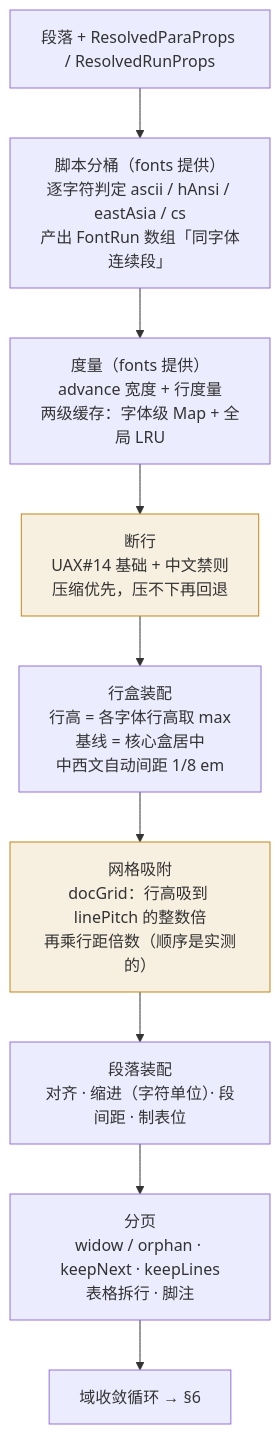
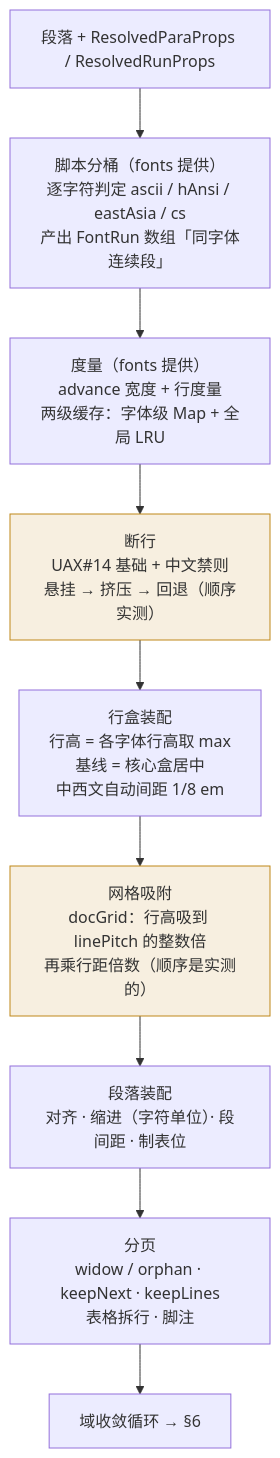
Before and after one commit to shedan9/ultimate-word-js: the fourth of 7 diagrams in docs/architecture.md, drawn with Mermaid. The commit also changed 3 other files, not shown here.

````diff
--- a/docs/architecture.md
+++ b/docs/architecture.md
@@ -263,15 +263,15 @@
 ```mermaid
 flowchart TB
   A["段落 + ResolvedParaProps / ResolvedRunProps"] --> B
   B["脚本分桶（fonts 提供）<br/>逐字符判定 ascii / hAnsi / eastAsia / cs<br/>产出 FontRun 数组「同字体连续段」"] --> C
   C["度量（fonts 提供）<br/>advance 宽度 + 行度量<br/>两级缓存：字体级 Map + 全局 LRU"] --> D
-  D["断行<br/>UAX#14 基础 + 中文禁则<br/>压缩优先，压不下再回退"] --> E
+  D["断行<br/>UAX#14 基础 + 中文禁则<br/>悬挂 → 挤压 → 回退（顺序实测）"] --> E
   E["行盒装配<br/>行高 = 各字体行高取 max<br/>基线 = 核心盒居中<br/>中西文自动间距 1/8 em"] --> F
   F["网格吸附<br/>docGrid：行高吸到 linePitch 的整数倍<br/>再乘行距倍数（顺序是实测的）"] --> G
   G["段落装配<br/>对齐 · 缩进（字符单位）· 段间距 · 制表位"] --> H
   H["分页<br/>widow / orphan · keepNext · keepLines<br/>表格拆行 · 脚注"] --> I
   I["域收敛循环 → §6"]
 
   style D fill:#bf871922,stroke:#bf8719
   style F fill:#bf871922,stroke:#bf8719
 ```
````
